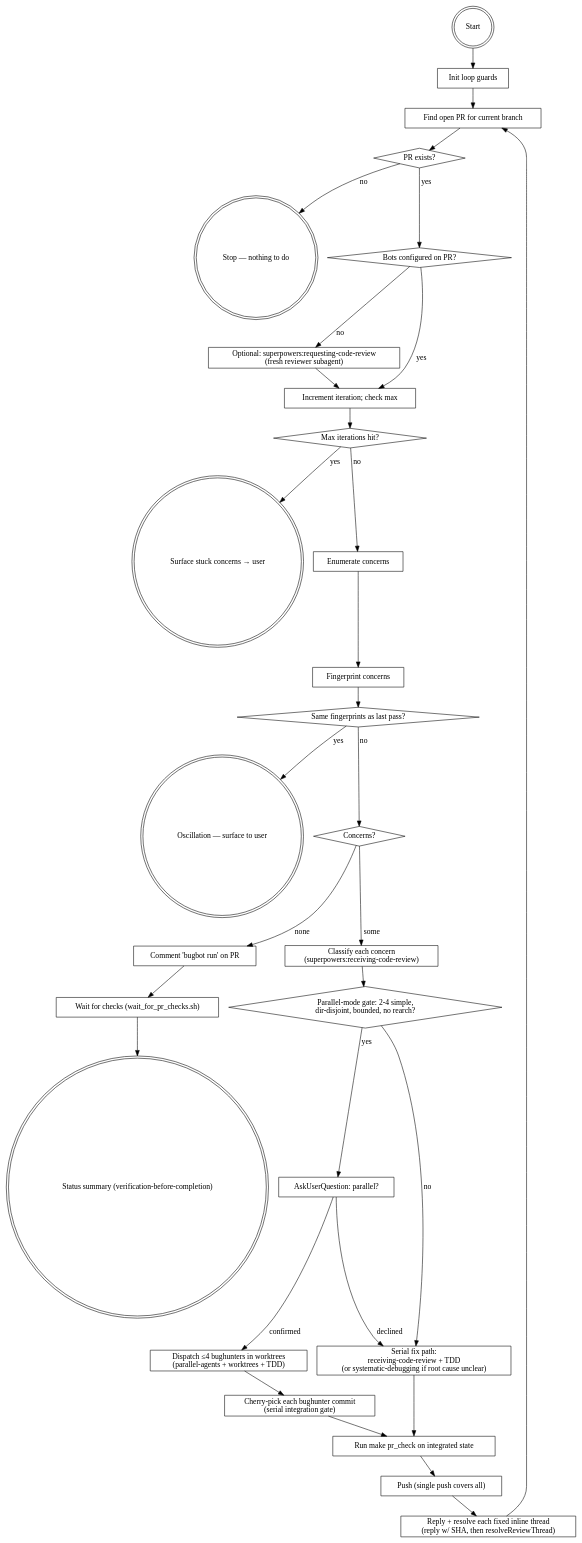
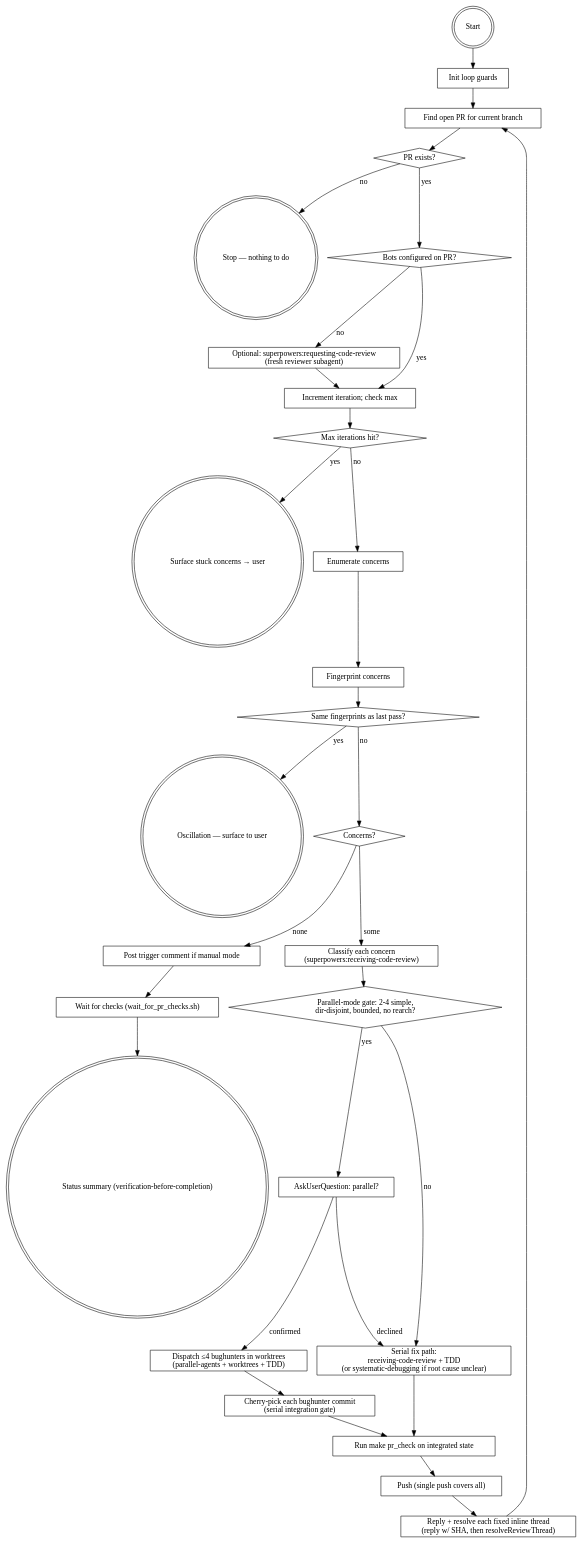
Before and after one commit to emigre459/agentic-ai-dev-template: the diagram in .agents/skills/resolve-pr-concerns/SKILL.md, drawn with Graphviz. The commit also changed other lines of this file and 10 other files, not shown here.

````diff
--- a/.agents/skills/resolve-pr-concerns/SKILL.md
+++ b/.agents/skills/resolve-pr-concerns/SKILL.md
@@ -59,59 +71,59 @@
 ```dot
 digraph resolve_pr_concerns {
     rankdir=TB;
     "Start" [shape=doublecircle];
     "Init loop guards" [shape=box];
     "Find open PR for current branch" [shape=box];
     "PR exists?" [shape=diamond];
     "Stop — nothing to do" [shape=doublecircle];
     "Bots configured on PR?" [shape=diamond];
     "Optional: superpowers:requesting-code-review\n(fresh reviewer subagent)" [shape=box];
     "Increment iteration; check max" [shape=box];
     "Max iterations hit?" [shape=diamond];
     "Surface stuck concerns → user" [shape=doublecircle];
     "Enumerate concerns" [shape=box];
     "Fingerprint concerns" [shape=box];
     "Same fingerprints as last pass?" [shape=diamond];
     "Oscillation — surface to user" [shape=doublecircle];
     "Concerns?" [shape=diamond];
-    "Comment 'bugbot run' on PR" [shape=box];
+    "Post trigger comment if manual mode" [shape=box];
     "Wait for checks (wait_for_pr_checks.sh)" [shape=box];
     "Status summary (verification-before-completion)" [shape=doublecircle];
     "Classify each concern\n(superpowers:receiving-code-review)" [shape=box];
     "Parallel-mode gate: 2-4 simple,\ndir-disjoint, bounded, no rearch?" [shape=diamond];
     "AskUserQuestion: parallel?" [shape=box];
     "Dispatch ≤4 bughunters in worktrees\n(parallel-agents + worktrees + TDD)" [shape=box];
     "Cherry-pick each bughunter commit\n(serial integration gate)" [shape=box];
     "Serial fix path:\nreceiving-code-review + TDD\n(or systematic-debugging if root cause unclear)" [shape=box];
     "Run make pr_check on integrated state" [shape=box];
     "Push (single push covers all)" [shape=box];
     "Reply + resolve each fixed inline thread\n(reply w/ SHA, then resolveReviewThread)" [shape=box];
 
     "Start" -> "Init loop guards" -> "Find open PR for current branch" -> "PR exists?";
     "PR exists?" -> "Stop — nothing to do" [label="no"];
     "PR exists?" -> "Bots configured on PR?" [label="yes"];
     "Bots configured on PR?" -> "Optional: superpowers:requesting-code-review\n(fresh reviewer subagent)" [label="no"];
     "Bots configured on PR?" -> "Increment iteration; check max" [label="yes"];
     "Optional: superpowers:requesting-code-review\n(fresh reviewer subagent)" -> "Increment iteration; check max";
     "Increment iteration; check max" -> "Max iterations hit?";
     "Max iterations hit?" -> "Surface stuck concerns → user" [label="yes"];
     "Max iterations hit?" -> "Enumerate concerns" [label="no"];
     "Enumerate concerns" -> "Fingerprint concerns" -> "Same fingerprints as last pass?";
     "Same fingerprints as last pass?" -> "Oscillation — surface to user" [label="yes"];
     "Same fingerprints as last pass?" -> "Concerns?" [label="no"];
-    "Concerns?" -> "Comment 'bugbot run' on PR" [label="none"];
-    "Comment 'bugbot run' on PR" -> "Wait for checks (wait_for_pr_checks.sh)" -> "Status summary (verification-before-completion)";
+    "Concerns?" -> "Post trigger comment if manual mode" [label="none"];
+    "Post trigger comment if manual mode" -> "Wait for checks (wait_for_pr_checks.sh)" -> "Status summary (verification-before-completion)";
     "Concerns?" -> "Classify each concern\n(superpowers:receiving-code-review)" [label="some"];
     "Classify each concern\n(superpowers:receiving-code-review)" -> "Parallel-mode gate: 2-4 simple,\ndir-disjoint, bounded, no rearch?";
     "Parallel-mode gate: 2-4 simple,\ndir-disjoint, bounded, no rearch?" -> "AskUserQuestion: parallel?" [label="yes"];
     "Parallel-mode gate: 2-4 simple,\ndir-disjoint, bounded, no rearch?" -> "Serial fix path:\nreceiving-code-review + TDD\n(or systematic-debugging if root cause unclear)" [label="no"];
     "AskUserQuestion: parallel?" -> "Dispatch ≤4 bughunters in worktrees\n(parallel-agents + worktrees + TDD)" [label="confirmed"];
     "AskUserQuestion: parallel?" -> "Serial fix path:\nreceiving-code-review + TDD\n(or systematic-debugging if root cause unclear)" [label="declined"];
     "Dispatch ≤4 bughunters in worktrees\n(parallel-agents + worktrees + TDD)" -> "Cherry-pick each bughunter commit\n(serial integration gate)";
     "Cherry-pick each bughunter commit\n(serial integration gate)" -> "Run make pr_check on integrated state";
     "Serial fix path:\nreceiving-code-review + TDD\n(or systematic-debugging if root cause unclear)" -> "Run make pr_check on integrated state";
     "Run make pr_check on integrated state" -> "Push (single push covers all)";
     "Push (single push covers all)" -> "Reply + resolve each fixed inline thread\n(reply w/ SHA, then resolveReviewThread)";
     "Reply + resolve each fixed inline thread\n(reply w/ SHA, then resolveReviewThread)" -> "Find open PR for current branch";
 }
 ```
````
